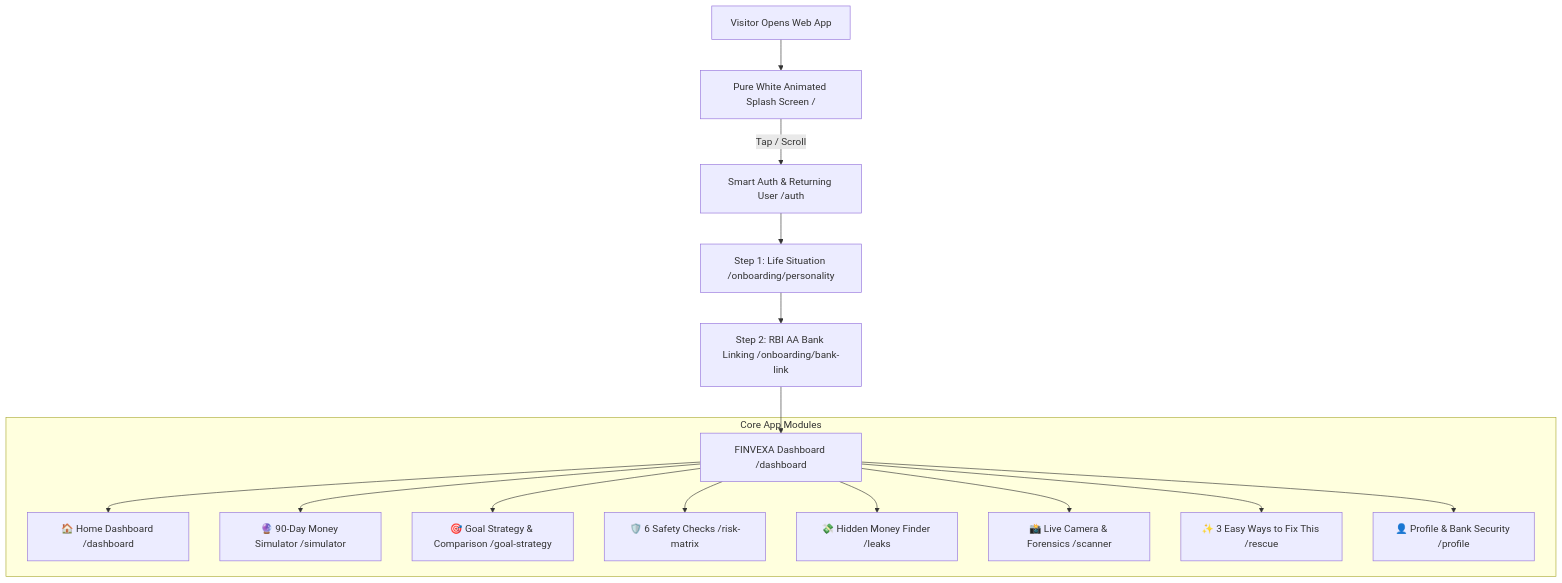
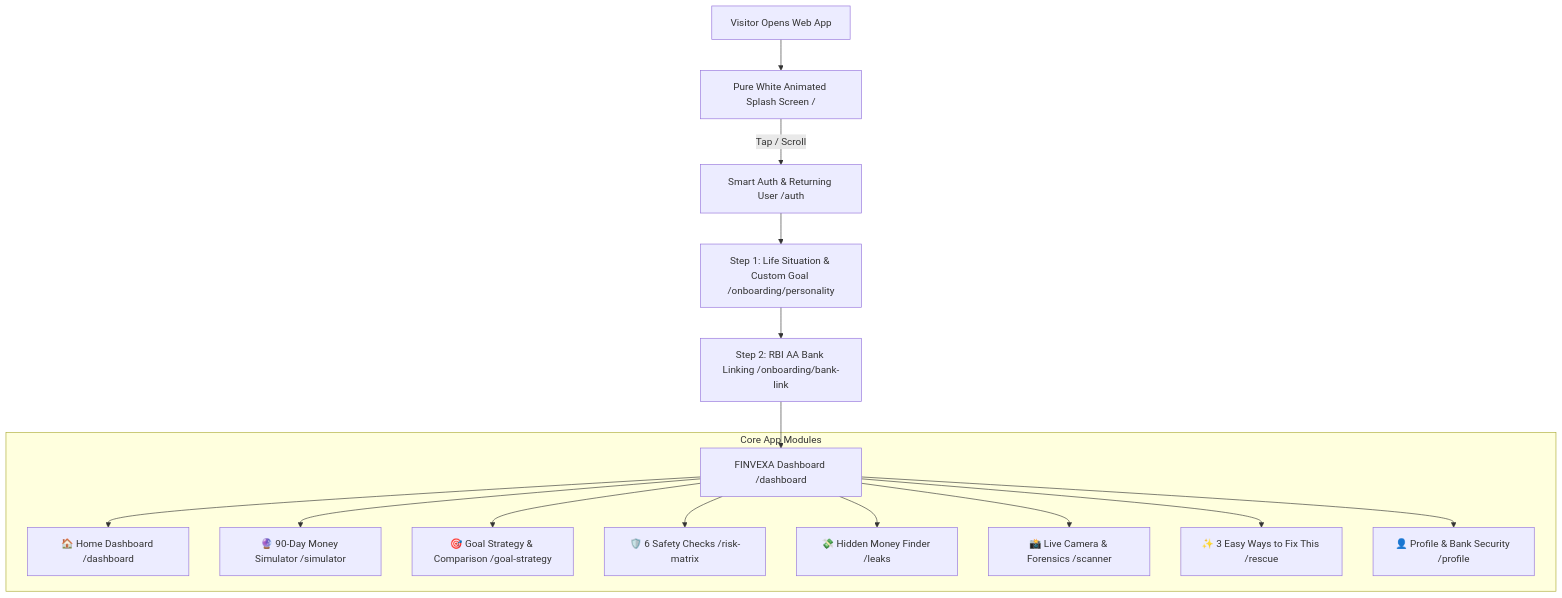
The diagram in README.md (RAYAPURAMVIKRAM/Srujana_hackathon2026_FINVEXA-AI), drawn with Mermaid before and after one commit. The commit also changed other lines of this file and 22 other files, not shown here.

Commit message:
fix: sync onboarding custom goal across all graphs/sliders, restore radiant dark theme, and add GitHub Actions auto-build

````diff
--- a/README.md
+++ b/README.md
@@ -76,19 +57,19 @@
 ```mermaid
 flowchart TD
     A[Visitor Opens Web App] --> B[Pure White Animated Splash Screen /]
     B -->|Tap / Scroll| C[Smart Auth & Returning User /auth]
-    C --> D[Step 1: Life Situation /onboarding/personality]
+    C --> D[Step 1: Life Situation & Custom Goal /onboarding/personality]
     D --> E[Step 2: RBI AA Bank Linking /onboarding/bank-link]
     E --> F[FINVEXA Dashboard /dashboard]
 
     subgraph "Core App Modules"
         F --> M1[🏠 Home Dashboard /dashboard]
         F --> M2[🔮 90-Day Money Simulator /simulator]
         F --> M3[🎯 Goal Strategy & Comparison /goal-strategy]
         F --> M4[🛡️ 6 Safety Checks /risk-matrix]
         F --> M5[💸 Hidden Money Finder /leaks]
         F --> M6[📸 Live Camera & Forensics /scanner]
         F --> M7[✨ 3 Easy Ways to Fix This /rescue]
         F --> M8[👤 Profile & Bank Security /profile]
     end
 ```
````
